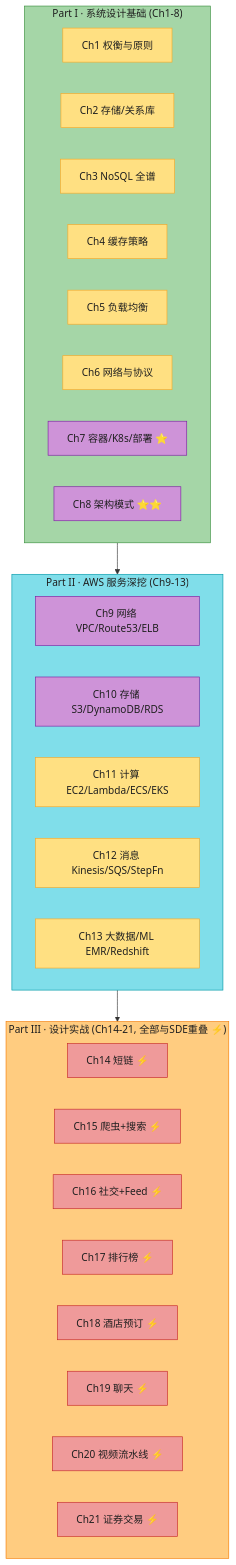
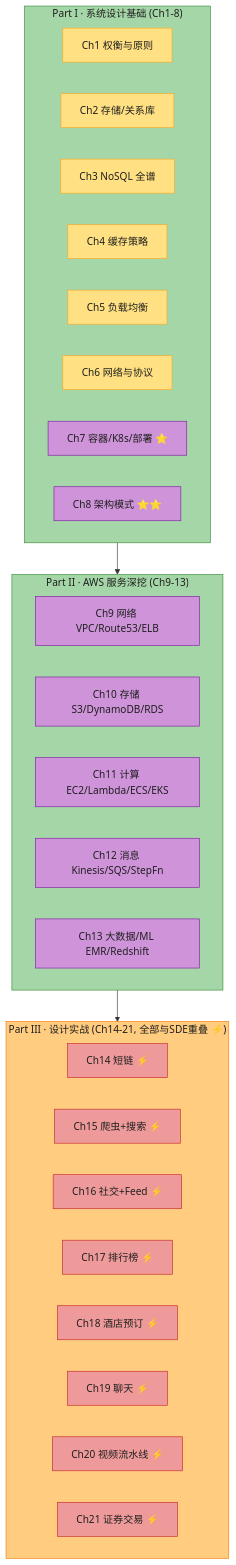
Before and after one commit to Zihe33Huang/system_design: the fourth of 4 diagrams in README.md, drawn with Mermaid. The commit also changed other lines of this file and 3 other files, not shown here.

````diff
--- a/README.md
+++ b/README.md
@@ -217,57 +217,57 @@
 ```mermaid
 graph TB
     subgraph P1["Part I · 系统设计基础 (Ch1-8)"]
         A1["Ch1 权衡与原则"]
         A2["Ch2 存储/关系库"]
         A3["Ch3 NoSQL 全谱"]
         A4["Ch4 缓存策略"]
         A5["Ch5 负载均衡"]
         A6["Ch6 网络与协议"]
         A7["Ch7 容器/K8s/部署 ⭐"]
         A8["Ch8 架构模式 ⭐⭐"]
     end
     subgraph P2["Part II · AWS 服务深挖 (Ch9-13)"]
         B1["Ch9 网络 VPC/Route53/ELB"]
         B2["Ch10 存储 S3/DynamoDB/RDS"]
         B3["Ch11 计算 EC2/Lambda/ECS/EKS"]
         B4["Ch12 消息 Kinesis/SQS/StepFn"]
         B5["Ch13 大数据/ML EMR/Redshift"]
     end
     subgraph P3["Part III · 设计实战 (Ch14-21, 全部与SDE重叠 ⚡)"]
         C1["Ch14 短链 ⚡"]
         C2["Ch15 爬虫+搜索 ⚡"]
         C3["Ch16 社交+Feed ⚡"]
         C4["Ch17 排行榜 ⚡"]
         C5["Ch18 酒店预订 ⚡"]
         C6["Ch19 聊天 ⚡"]
         C7["Ch20 视频流水线 ⚡"]
         C8["Ch21 证券交易 ⚡"]
     end
     P1 --> P2
     P2 --> P3
 
     style P1 fill:#A5D6A7,stroke:#388E3C,color:#1f1f1f
-    style P2 fill:#80DEEA,stroke:#0097A7,color:#1f1f1f
+    style P2 fill:#A5D6A7,stroke:#388E3C,color:#1f1f1f
     style P3 fill:#FFCC80,stroke:#F57C00,color:#1f1f1f
     style A1 fill:#FFE082,stroke:#F9A825,color:#1f1f1f
     style A2 fill:#FFE082,stroke:#F9A825,color:#1f1f1f
     style A3 fill:#FFE082,stroke:#F9A825,color:#1f1f1f
     style A4 fill:#FFE082,stroke:#F9A825,color:#1f1f1f
     style A5 fill:#FFE082,stroke:#F9A825,color:#1f1f1f
     style A6 fill:#FFE082,stroke:#F9A825,color:#1f1f1f
     style A7 fill:#CE93D8,stroke:#7B1FA2,color:#1f1f1f
     style A8 fill:#CE93D8,stroke:#7B1FA2,color:#1f1f1f
     style B1 fill:#CE93D8,stroke:#7B1FA2,color:#1f1f1f
     style B2 fill:#CE93D8,stroke:#7B1FA2,color:#1f1f1f
-    style B3 fill:#FFE082,stroke:#F9A825,color:#1f1f1f
-    style B4 fill:#FFE082,stroke:#F9A825,color:#1f1f1f
-    style B5 fill:#FFE082,stroke:#F9A825,color:#1f1f1f
+    style B3 fill:#CE93D8,stroke:#7B1FA2,color:#1f1f1f
+    style B4 fill:#CE93D8,stroke:#7B1FA2,color:#1f1f1f
+    style B5 fill:#CE93D8,stroke:#7B1FA2,color:#1f1f1f
     style C1 fill:#EF9A9A,stroke:#C62828,color:#1f1f1f
     style C2 fill:#EF9A9A,stroke:#C62828,color:#1f1f1f
     style C3 fill:#EF9A9A,stroke:#C62828,color:#1f1f1f
     style C4 fill:#EF9A9A,stroke:#C62828,color:#1f1f1f
     style C5 fill:#EF9A9A,stroke:#C62828,color:#1f1f1f
     style C6 fill:#EF9A9A,stroke:#C62828,color:#1f1f1f
     style C7 fill:#EF9A9A,stroke:#C62828,color:#1f1f1f
     style C8 fill:#EF9A9A,stroke:#C62828,color:#1f1f1f
 ```
````
